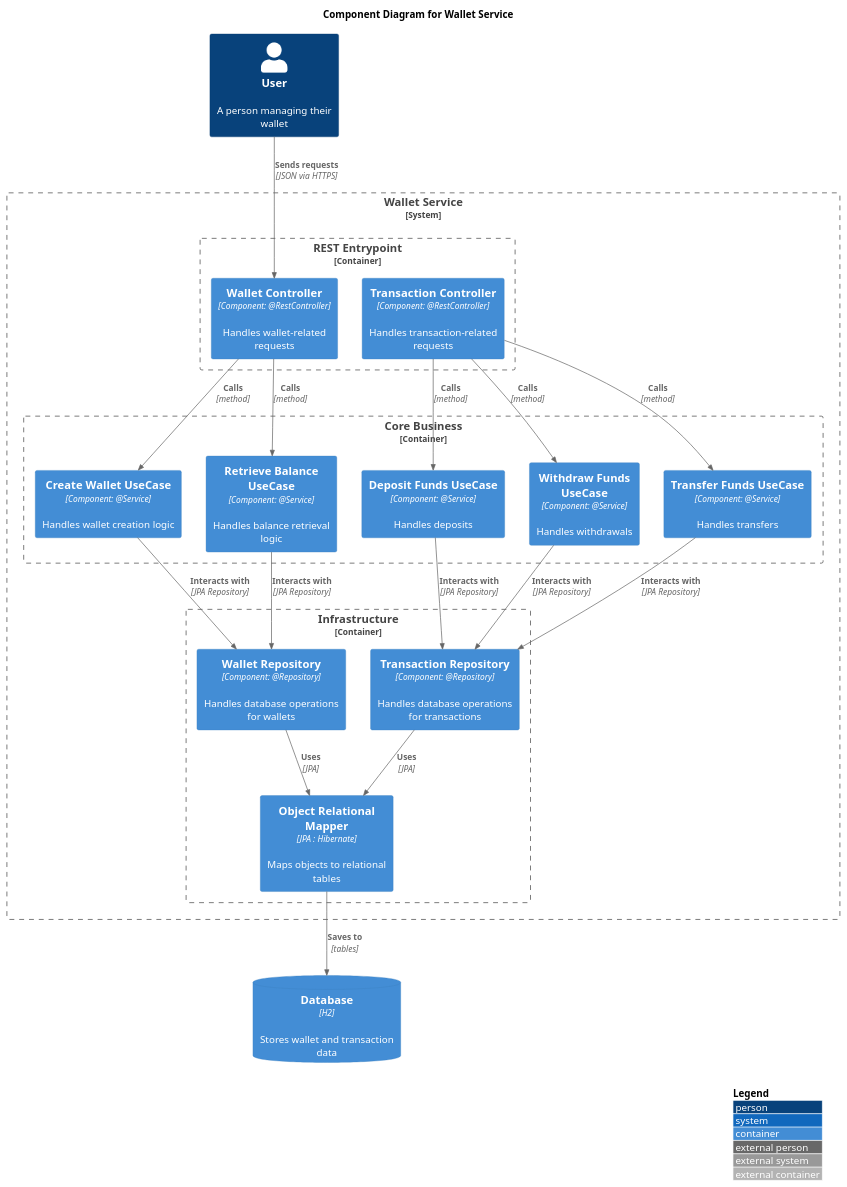
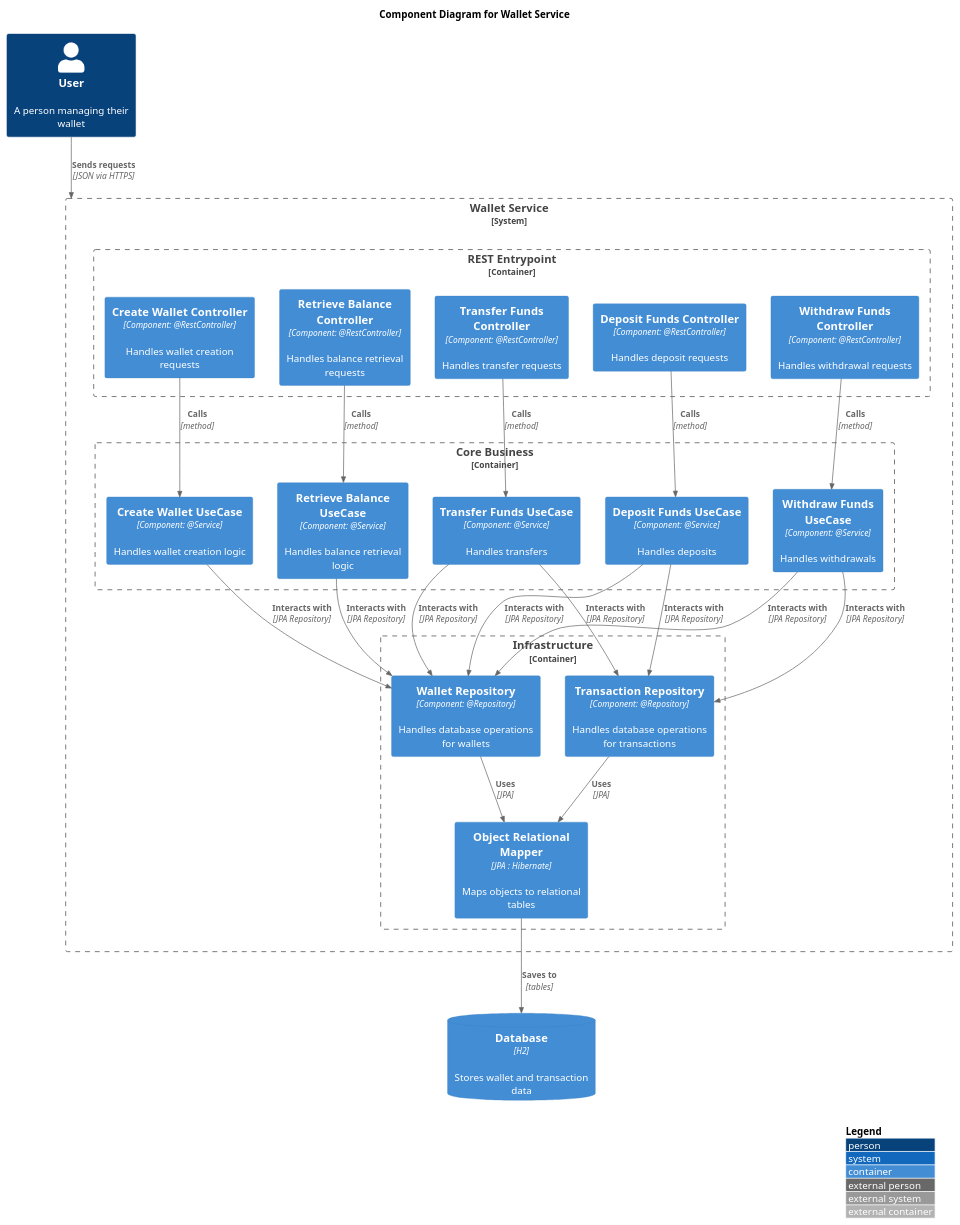
The diagram in docs/c4-model/03-Component-Diagram.puml (jtsato/wallet-service-java), drawn with PlantUML before and after one commit. The commit also changed 7 other files, not shown here.

```diff
--- a/docs/c4-model/03-Component-Diagram.puml
+++ b/docs/c4-model/03-Component-Diagram.puml
@@ -1,58 +1,64 @@
 @startuml 03-ComponentDiagram
 !include <C4/C4_Container>
 
 /' Level 3: Component diagram
    The Component diagram shows how a container is made up of a number of "components",
    what each of those components are, their responsibilities and the technology/implementation details.
 '/
 
 title "Component Diagram for Wallet Service"
 
 AddElementTag("storage", $shape=RoundedBoxShape())
 
 LAYOUT_TOP_DOWN()
 
 Person(user, "User", "A person managing their wallet")
 
 System_Boundary(walletservice, "Wallet Service") {
     Container_Boundary(restEntrypoint, "REST Entrypoint") {
-        Container(walletController, "Wallet Controller", "Component: @RestController", "Handles wallet-related requests")
-        Container(transactionController, "Transaction Controller", "Component: @RestController", "Handles transaction-related requests")
+        Container(createWalletController, "Create Wallet Controller", "Component: @RestController", "Handles wallet creation requests")
+        Container(retrieveBalanceController, "Retrieve Balance Controller", "Component: @RestController", "Handles balance retrieval requests")
+        Container(depositFundsController, "Deposit Funds Controller", "Component: @RestController", "Handles deposit requests")
+        Container(withdrawFundsController, "Withdraw Funds Controller", "Component: @RestController", "Handles withdrawal requests")
+        Container(transferFundsController, "Transfer Funds Controller", "Component: @RestController", "Handles transfer requests")
     }
     
     Container_Boundary(coreBusiness, "Core Business") {
         Container(createWalletUseCase, "Create Wallet UseCase", "Component: @Service", "Handles wallet creation logic")
         Container(retrieveBalanceUseCase, "Retrieve Balance UseCase", "Component: @Service", "Handles balance retrieval logic")
         Container(depositFundsUseCase, "Deposit Funds UseCase", "Component: @Service", "Handles deposits")
         Container(withdrawFundsUseCase, "Withdraw Funds UseCase", "Component: @Service", "Handles withdrawals")
         Container(transferFundsUseCase, "Transfer Funds UseCase", "Component: @Service", "Handles transfers")
     }
     
     Container_Boundary(infrastructure, "Infrastructure") {
         Container(walletRepository, "Wallet Repository", "Component: @Repository", "Handles database operations for wallets")
         Container(transactionRepository, "Transaction Repository", "Component: @Repository", "Handles database operations for transactions")
         Container(orm, "Object Relational Mapper", "JPA : Hibernate", "Maps objects to relational tables")
     }
 }
 
 ContainerDb(database, "Database", "H2", "Stores wallet and transaction data", $tags = "storage")
 
-Rel_D(user, walletController, "Sends requests", "JSON via HTTPS")
-Rel_D(walletController, createWalletUseCase, "Calls", "method")
-Rel_D(walletController, retrieveBalanceUseCase, "Calls", "method")
-Rel_D(transactionController, depositFundsUseCase, "Calls", "method")
-Rel_D(transactionController, withdrawFundsUseCase, "Calls", "method")
-Rel_D(transactionController, transferFundsUseCase, "Calls", "method")
+Rel_D(user, walletservice, "Sends requests", "JSON via HTTPS")
+Rel_D(createWalletController, createWalletUseCase, "Calls", "method")
+Rel_D(retrieveBalanceController, retrieveBalanceUseCase, "Calls", "method")
+Rel_D(depositFundsController, depositFundsUseCase, "Calls", "method")
+Rel_D(withdrawFundsController, withdrawFundsUseCase, "Calls", "method")
+Rel_D(transferFundsController, transferFundsUseCase, "Calls", "method")
 
 Rel_D(createWalletUseCase, walletRepository, "Interacts with", "JPA Repository")
 Rel_D(retrieveBalanceUseCase, walletRepository, "Interacts with", "JPA Repository")
+Rel_D(depositFundsUseCase, walletRepository, "Interacts with", "JPA Repository")
 Rel_D(depositFundsUseCase, transactionRepository, "Interacts with", "JPA Repository")
+Rel_D(withdrawFundsUseCase, walletRepository, "Interacts with", "JPA Repository")
 Rel_D(withdrawFundsUseCase, transactionRepository, "Interacts with", "JPA Repository")
+Rel_D(transferFundsUseCase, walletRepository, "Interacts with", "JPA Repository")
 Rel_D(transferFundsUseCase, transactionRepository, "Interacts with", "JPA Repository")
 Rel_D(walletRepository, orm, "Uses", "JPA")
 Rel_D(transactionRepository, orm, "Uses", "JPA")
 Rel_D(orm, database, "Saves to", "tables")
 
 LAYOUT_WITH_LEGEND()
 
 @enduml
```
